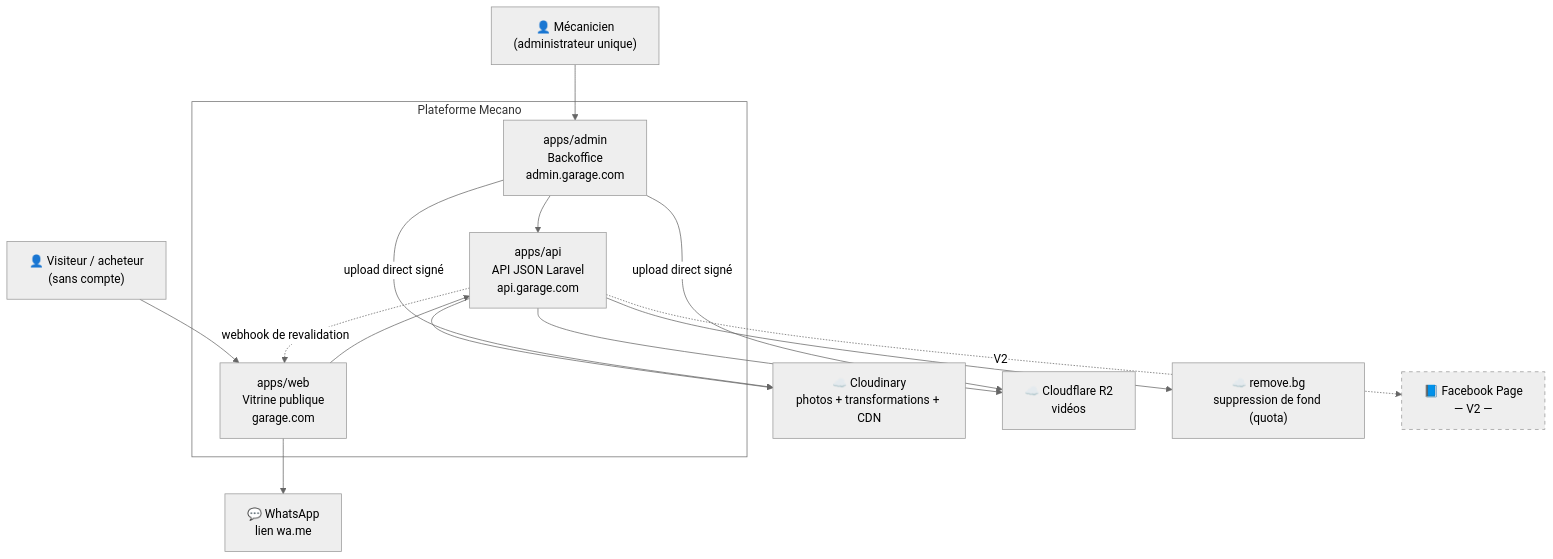
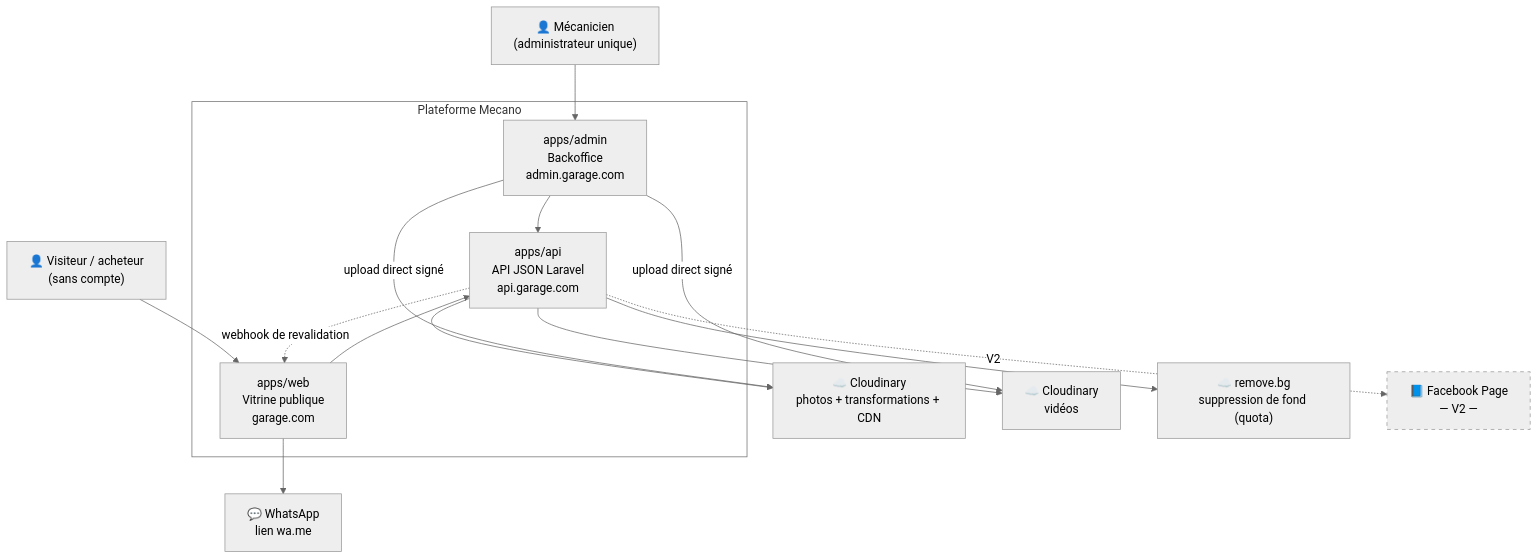
One commit to TEAM-D-EXCELLENCE/mecano changed the first of 4 diagrams in docs/01-architecture/01-vue-densemble.md. Above: the diagram before and after it, drawn with Mermaid (neutral theme). The commit also changed other lines of this file and 45 other files, not shown here.

````diff
--- a/docs/01-architecture/01-vue-densemble.md
+++ b/docs/01-architecture/01-vue-densemble.md
@@ -18,33 +18,33 @@
 ```mermaid
 graph TB
     M["👤 Mécanicien<br/>(administrateur unique)"]
     V["👤 Visiteur / acheteur<br/>(sans compte)"]
 
     subgraph P["Plateforme Mecano"]
         WEB["apps/web<br/>Vitrine publique<br/>garage.com"]
         ADM["apps/admin<br/>Backoffice<br/>admin.garage.com"]
         API["apps/api<br/>API JSON Laravel<br/>api.garage.com"]
     end
 
     CLD["☁️ Cloudinary<br/>photos + transformations + CDN"]
-    R2["☁️ Cloudflare R2<br/>vidéos"]
+    CLDV["☁️ Cloudinary<br/>vidéos"]
     RBG["☁️ remove.bg<br/>suppression de fond (quota)"]
     WA["💬 WhatsApp<br/>lien wa.me"]
     FB["📘 Facebook Page<br/>— V2 —"]
 
     V --> WEB
     M --> ADM
     WEB --> API
     ADM --> API
     API --> CLD
-    API --> R2
+    API --> CLDV
     API --> RBG
     API -.->|"webhook de revalidation"| WEB
     ADM -->|"upload direct signé"| CLD
-    ADM -->|"upload direct signé"| R2
+    ADM -->|"upload direct signé"| CLDV
     WEB --> WA
     API -.->|V2| FB
 
     style FB stroke-dasharray: 5 5
     style P fill:none
 ```
````
